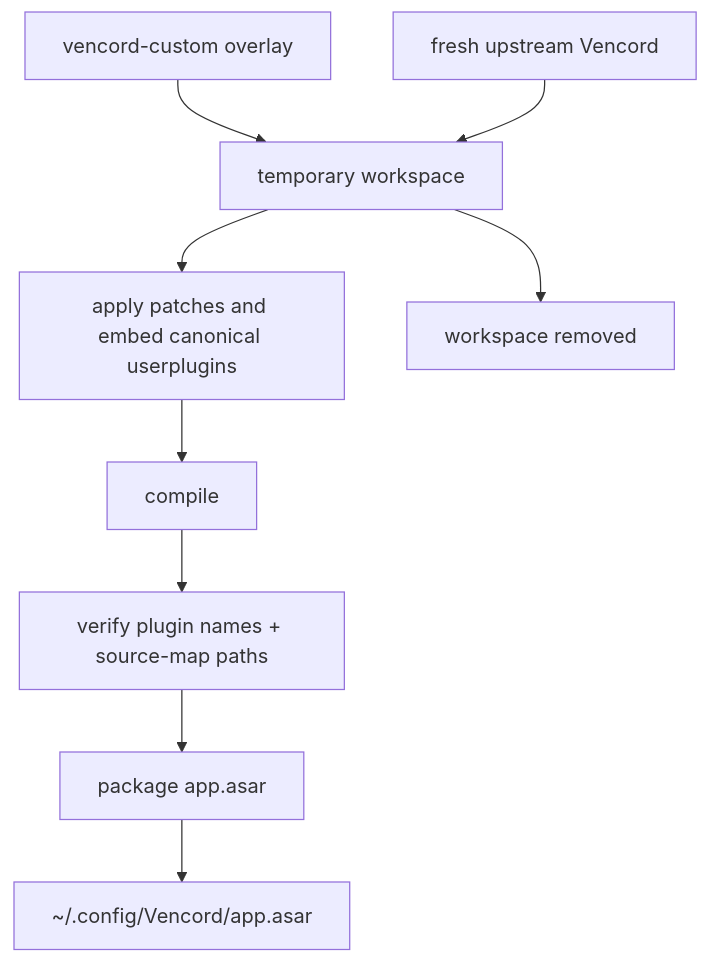
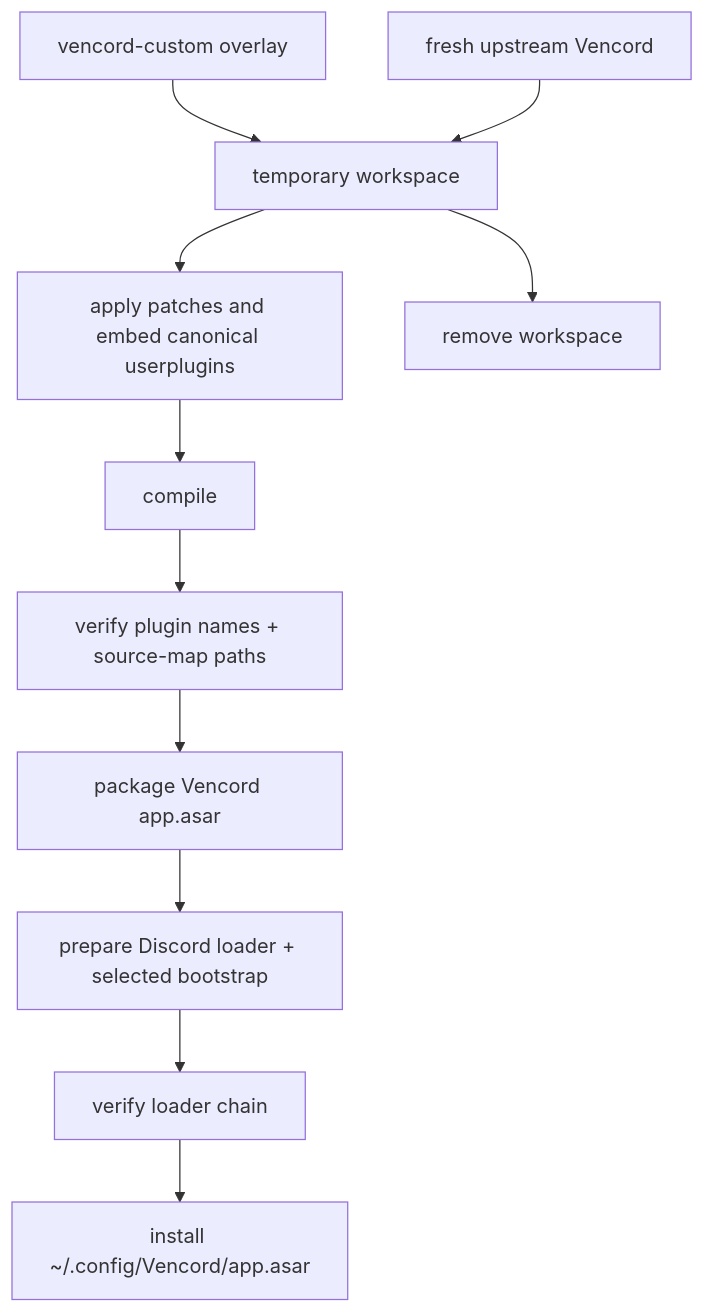
The diagram in .github/README.md (DarkPhilosophy/v), drawn with Mermaid before and after one commit. The commit also changed other lines of this file and 7 other files, not shown here.

````diff
--- a/.github/README.md
+++ b/.github/README.md
@@ -89,11 +119,13 @@
 ```mermaid
 graph TD
     O["vencord-custom overlay"] --> T["temporary workspace"]
     U["fresh upstream Vencord"] --> T
     T --> P["apply patches and embed canonical userplugins"]
     P --> B["compile"]
     B --> V["verify plugin names + source-map paths"]
-    V --> A["package app.asar"]
-    A --> R["~/.config/Vencord/app.asar"]
-    T --> C["workspace removed"]
+    V --> A["package Vencord app.asar"]
+    A --> L["prepare Discord loader + selected bootstrap"]
+    L --> C["verify loader chain"]
+    C --> R["install ~/.config/Vencord/app.asar"]
+    T --> X["remove workspace"]
 ```
````
